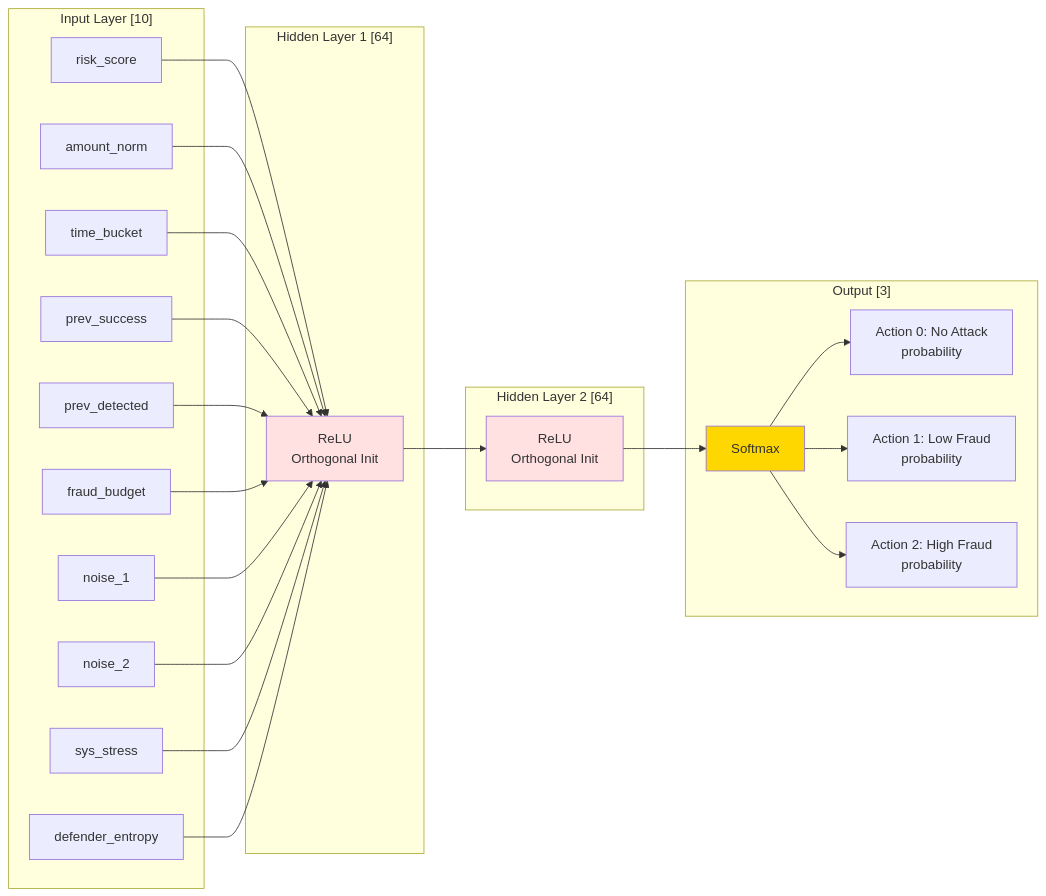
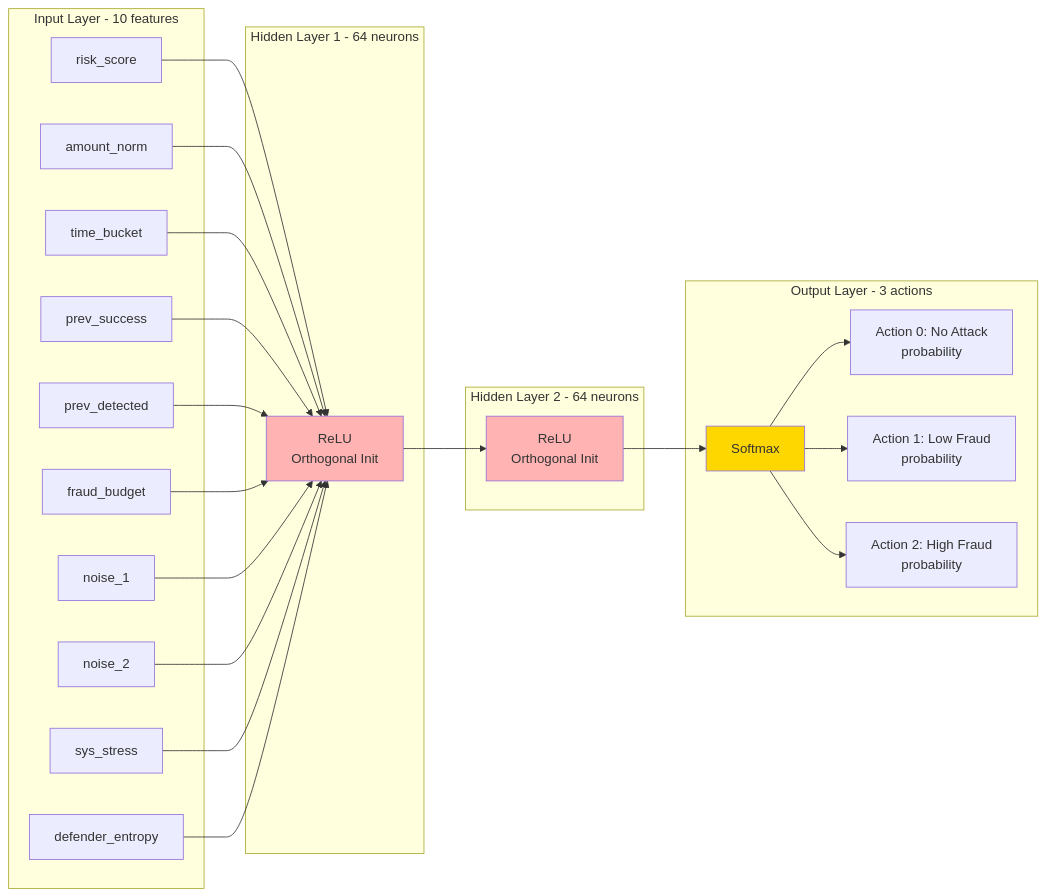
The sixth of 14 diagrams in README.md (HelloCol2/markov-fraud-antigravity), drawn with Mermaid before and after one commit. The commit also changed other lines of this file, not shown here.

````diff
--- a/README.md
+++ b/README.md
@@ -319,39 +321,39 @@
 ```mermaid
 graph LR
-    subgraph "Input Layer [10]"
+    subgraph "Input Layer - 10 features"
         I1[risk_score]
         I2[amount_norm]
         I3[time_bucket]
         I4[prev_success]
         I5[prev_detected]
         I6[fraud_budget]
         I7[noise_1]
         I8[noise_2]
         I9[sys_stress]
         I10[defender_entropy]
     end
     
-    subgraph "Hidden Layer 1 [64]"
+    subgraph "Hidden Layer 1 - 64 neurons"
         H1[ReLU<br/>Orthogonal Init]
     end
     
-    subgraph "Hidden Layer 2 [64]"
+    subgraph "Hidden Layer 2 - 64 neurons"
         H2[ReLU<br/>Orthogonal Init]
     end
     
-    subgraph "Output [3]"
+    subgraph "Output Layer - 3 actions"
         O1[Action 0: No Attack<br/>probability]
         O2[Action 1: Low Fraud<br/>probability]
         O3[Action 2: High Fraud<br/>probability]
         Soft[Softmax]
     end
     
     I1 & I2 & I3 & I4 & I5 & I6 & I7 & I8 & I9 & I10 --> H1
     H1 --> H2
     H2 --> Soft
     Soft --> O1 & O2 & O3
     
-    style H1 fill:#FFE1E1
-    style H2 fill:#FFE1E1
-    style Soft fill:#FFD700
+    style H1 fill:#ffb3b3
+    style H2 fill:#ffb3b3
+    style Soft fill:#ffd700
 ```
````
